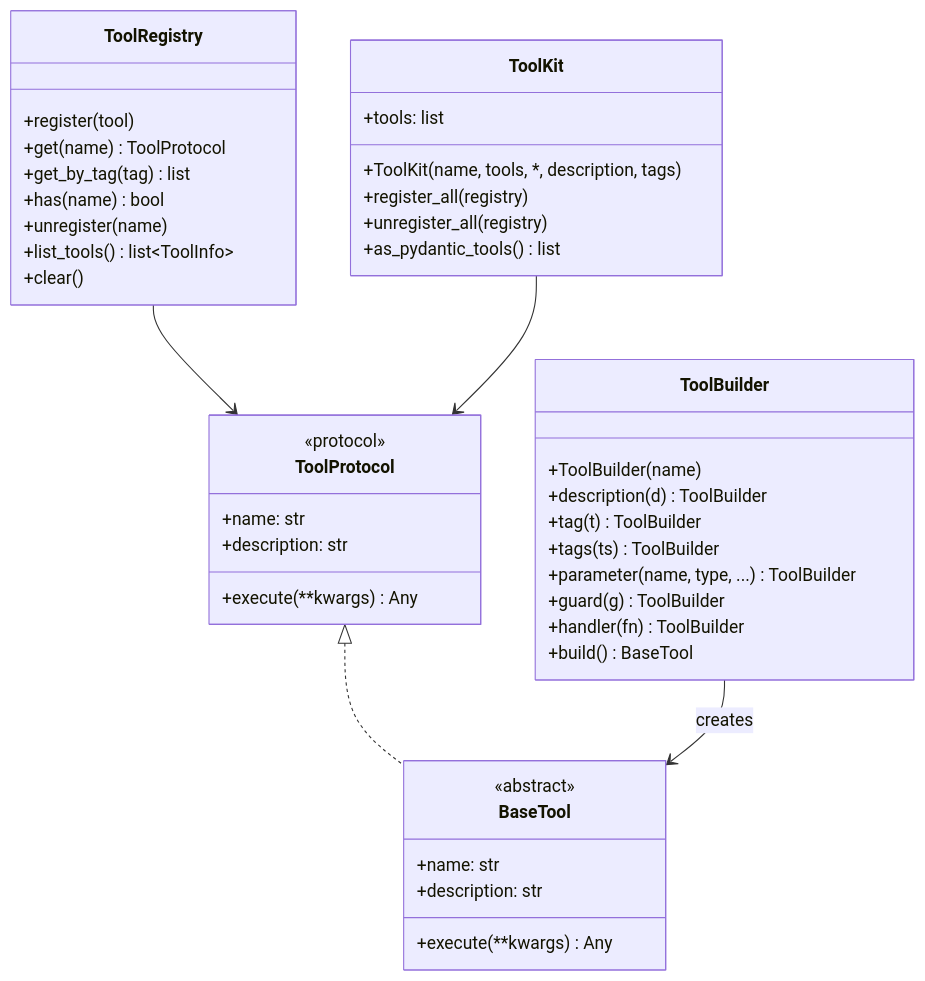
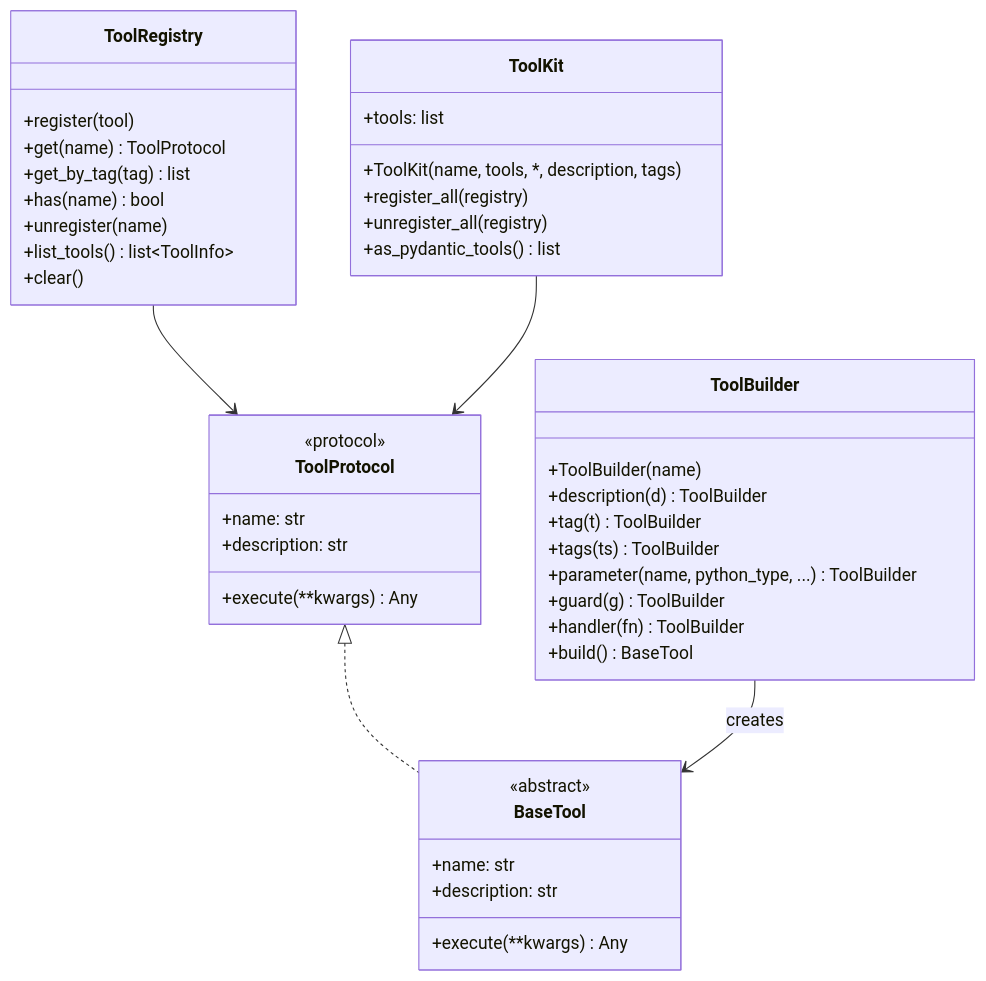
Before and after one commit to fireflyframework/fireflyframework-agentic: the first of 4 diagrams in docs/tools.md, drawn with Mermaid. The commit also changed other lines of this file and 49 other files, not shown here.

Commit message:
Align diagrams and guides with framework behavior

````diff
--- a/docs/tools.md
+++ b/docs/tools.md
@@ -34,50 +34,50 @@
 ```mermaid
 classDiagram
     class ToolProtocol {
         <<protocol>>
         +name: str
         +description: str
         +execute(**kwargs) Any
     }
 
     class BaseTool {
         <<abstract>>
         +name: str
         +description: str
         +execute(**kwargs) Any
     }
 
     class ToolBuilder {
         +ToolBuilder(name)
         +description(d) ToolBuilder
         +tag(t) ToolBuilder
         +tags(ts) ToolBuilder
-        +parameter(name, type, ...) ToolBuilder
+        +parameter(name, python_type, ...) ToolBuilder
         +guard(g) ToolBuilder
         +handler(fn) ToolBuilder
         +build() BaseTool
     }
 
     class ToolRegistry {
         +register(tool)
         +get(name) ToolProtocol
         +get_by_tag(tag) list
         +has(name) bool
         +unregister(name)
         +list_tools() list~ToolInfo~
         +clear()
     }
 
     class ToolKit {
         +ToolKit(name, tools, *, description, tags)
         +tools: list
         +register_all(registry)
         +unregister_all(registry)
         +as_pydantic_tools() list
     }
 
     ToolProtocol <|.. BaseTool
     ToolBuilder --> BaseTool : creates
     ToolRegistry --> ToolProtocol
     ToolKit --> ToolProtocol
 ```
````
